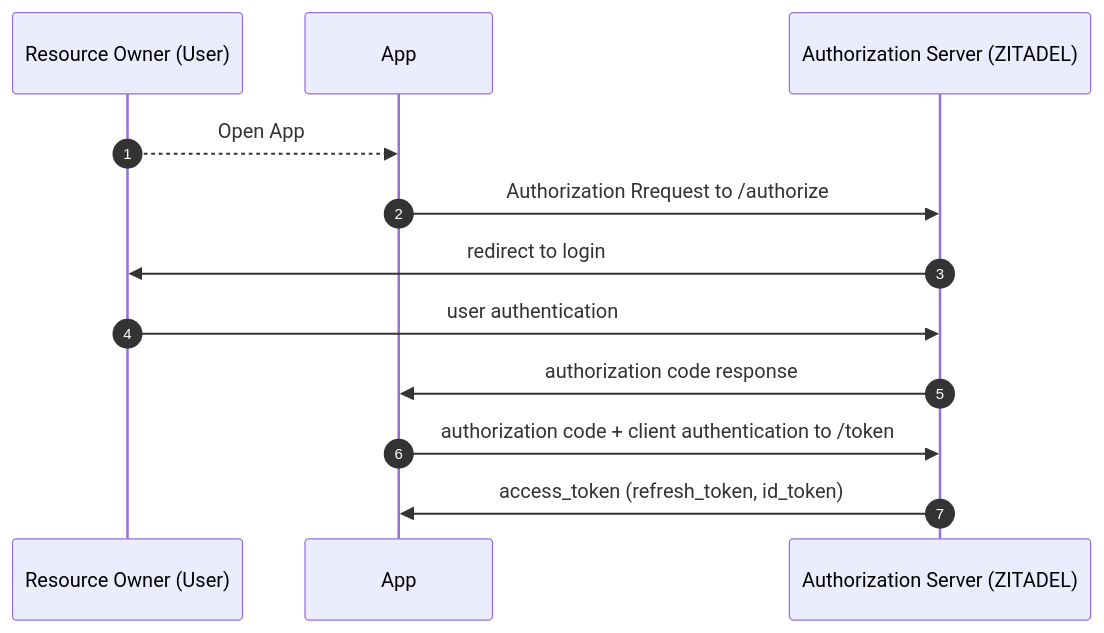
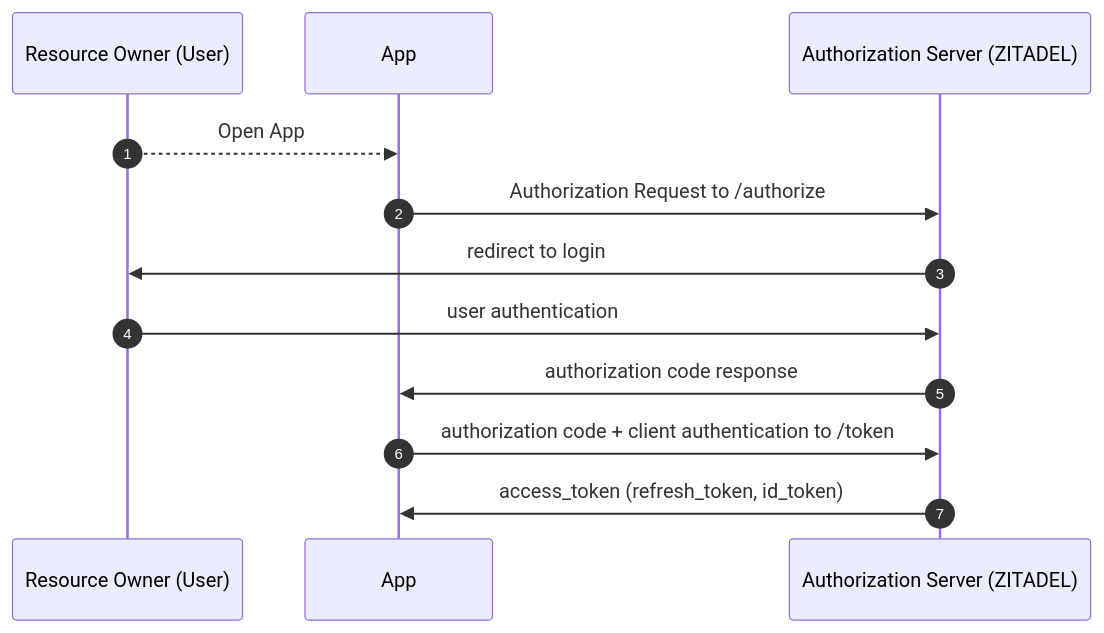
Before and after one commit to zitadel/zitadel: the diagram in docs/docs/imports/_code-flow-chart.md, drawn with Mermaid. The commit also changed 6 other files, not shown here.

````diff
--- a/docs/docs/imports/_code-flow-chart.md
+++ b/docs/docs/imports/_code-flow-chart.md
@@ -1,14 +1,14 @@
 ```mermaid
 sequenceDiagram
     autonumber
     participant RO as Resource Owner (User)
     participant App
     participant AS as Authorization Server (ZITADEL)
     RO-->>App: Open App
-    App->>AS: Authorization Rrequest to /authorize
+    App->>AS: Authorization Request to /authorize
     AS->>RO: redirect to login
     RO->>AS: user authentication
     AS->>App: authorization code response
     App->>AS: authorization code + client authentication to /token
     AS->>App: access_token (refresh_token, id_token)
 ```
````
